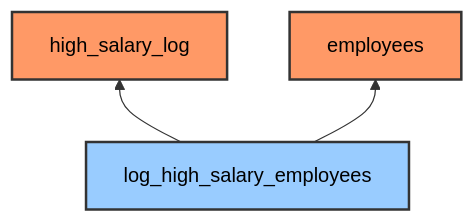
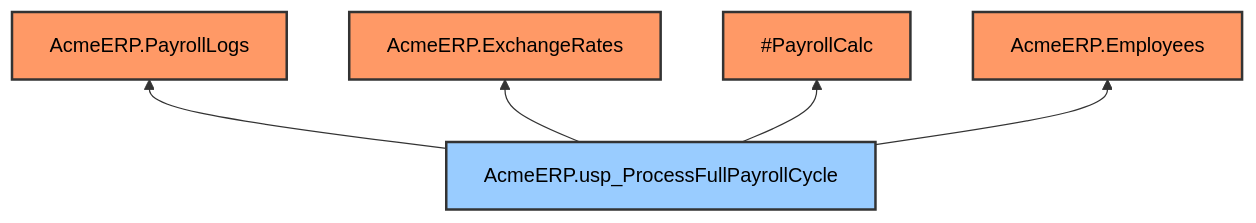
One commit to 25Jayesh10/Data_Lineage_Analyzer changed the diagram in diagrams/lineage.md. Above: the diagram before and after it, drawn with Mermaid. The commit also changed 22 other files, not shown here.

````diff
--- a/diagrams/lineage.md
+++ b/diagrams/lineage.md
@@ -1,10 +1,12 @@
 ```mermaid
 graph BT
     %% Node styles
     classDef table fill:#f96,stroke:#333,stroke-width:2px,color:#000;
     classDef stored_proc fill:#9cf,stroke:#333,stroke-width:2px ,color:#000;
-    log_high_salary_employees --> high_salary_log
-    log_high_salary_employees --> employees
-    class high_salary_log,employees table;
-    class log_high_salary_employees stored_proc;
+    AcmeERP.usp_ProcessFullPayrollCycle --> AcmeERP.PayrollLogs
+    AcmeERP.usp_ProcessFullPayrollCycle --> AcmeERP.ExchangeRates
+    AcmeERP.usp_ProcessFullPayrollCycle --> #PayrollCalc
+    AcmeERP.usp_ProcessFullPayrollCycle --> AcmeERP.Employees
+    class AcmeERP.ExchangeRates,AcmeERP.PayrollLogs,#PayrollCalc,AcmeERP.Employees table;
+    class AcmeERP.usp_ProcessFullPayrollCycle stored_proc;
 ```
````
